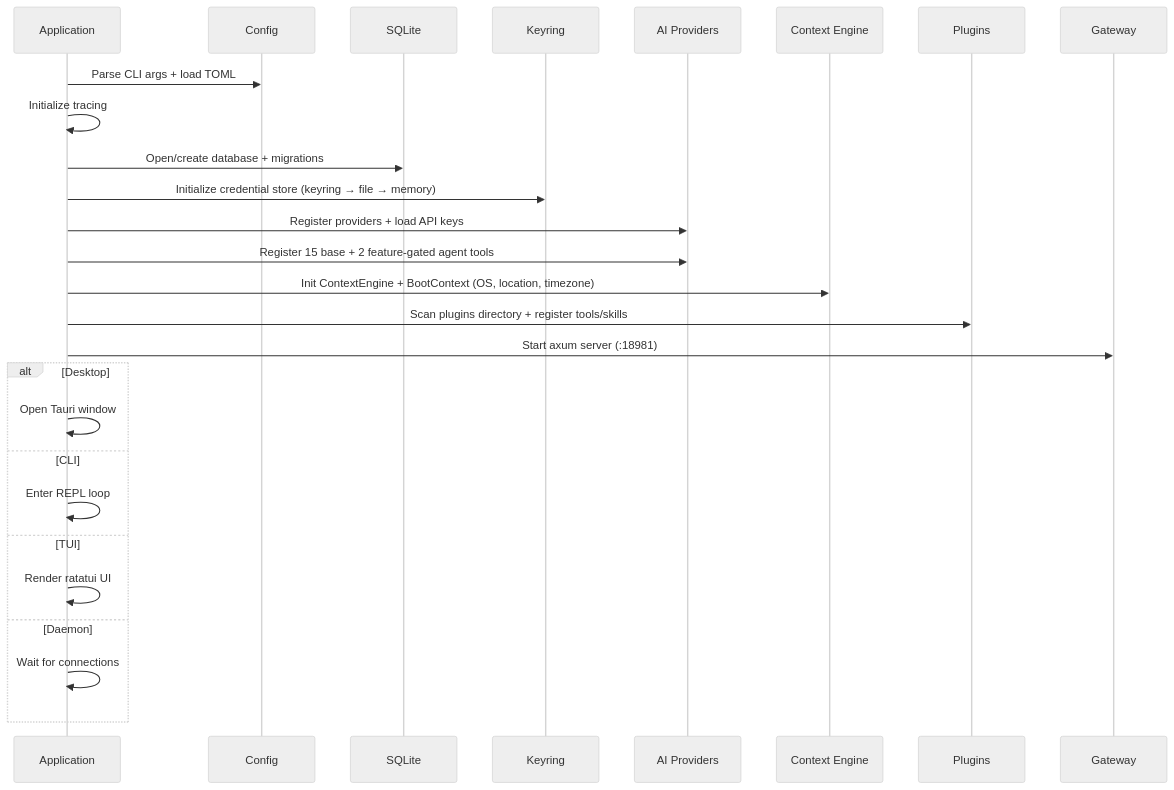
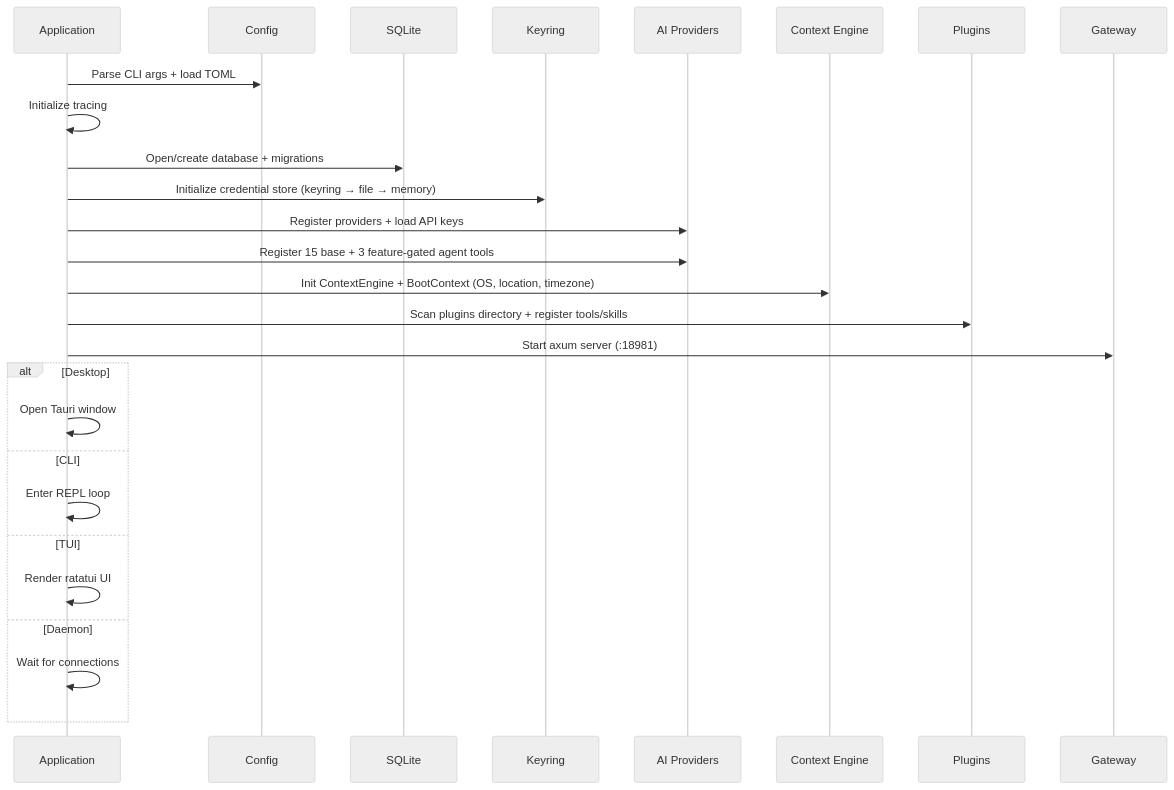
One commit to sprklai/mesoclaw changed the third of 6 diagrams in README.md. Above: the diagram before and after it, drawn with Mermaid (neutral theme). The commit also changed other lines of this file and 5 other files, not shown here.

````diff
--- a/README.md
+++ b/README.md
@@ -388,31 +388,31 @@
 ```mermaid
 sequenceDiagram
     participant App as Application
     participant Cfg as Config
     participant DB as SQLite
     participant Cred as Keyring
     participant AI as AI Providers
     participant Ctx as Context Engine
     participant Plug as Plugins
     participant GW as Gateway
 
     App->>Cfg: Parse CLI args + load TOML
     App->>App: Initialize tracing
     App->>DB: Open/create database + migrations
     App->>Cred: Initialize credential store (keyring → file → memory)
     App->>AI: Register providers + load API keys
-    App->>AI: Register 15 base + 2 feature-gated agent tools
+    App->>AI: Register 15 base + 3 feature-gated agent tools
     App->>Ctx: Init ContextEngine + BootContext (OS, location, timezone)
     App->>Plug: Scan plugins directory + register tools/skills
     App->>GW: Start axum server (:18981)
 
     alt Desktop
         App->>App: Open Tauri window
     else CLI
         App->>App: Enter REPL loop
     else TUI
         App->>App: Render ratatui UI
     else Daemon
         App->>App: Wait for connections
     end
 ```
````
